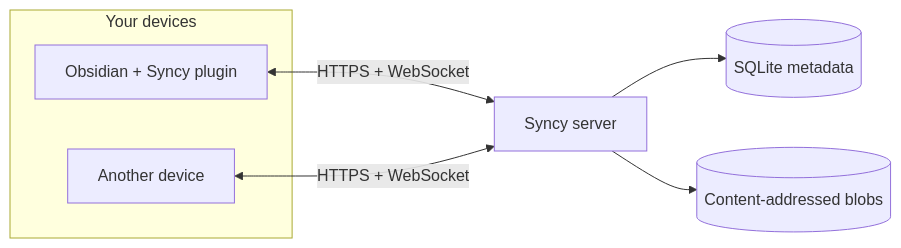
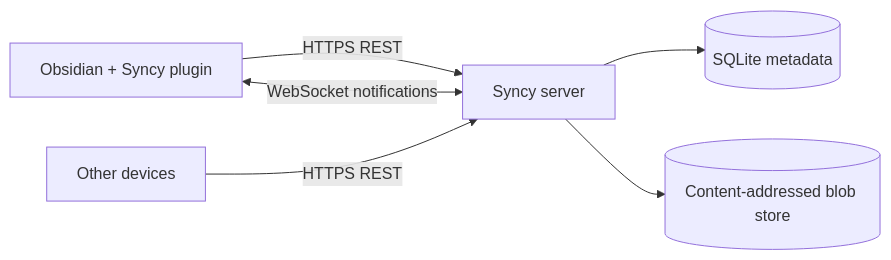
Before and after one commit to zazikii/Syncy-Obsidian-Plugin: the diagram in README.md, drawn with Mermaid. The commit also changed other lines of this file, not shown here.

Commit message:
docs: mirror the server README structure

````diff
--- a/README.md
+++ b/README.md
@@ -96,13 +83,8 @@
 ```mermaid
 flowchart LR
-    subgraph Devices["Your devices"]
-        A["Obsidian + Syncy plugin"]
-        B["Another device"]
-    end
-
-    A <-->|"HTTPS + WebSocket"| S["Syncy server"]
-    B <-->|"HTTPS + WebSocket"| S
-
-    S --> D[("SQLite metadata")]
-    S --> E[("Content-addressed blobs")]
+    A[Obsidian + Syncy plugin] -->|HTTPS REST| B[Syncy server]
+    A <-->|WebSocket notifications| B
+    C[Other devices] -->|HTTPS REST| B
+    B --> D[(SQLite metadata)]
+    B --> E[(Content-addressed blob store)]
 ```
````
